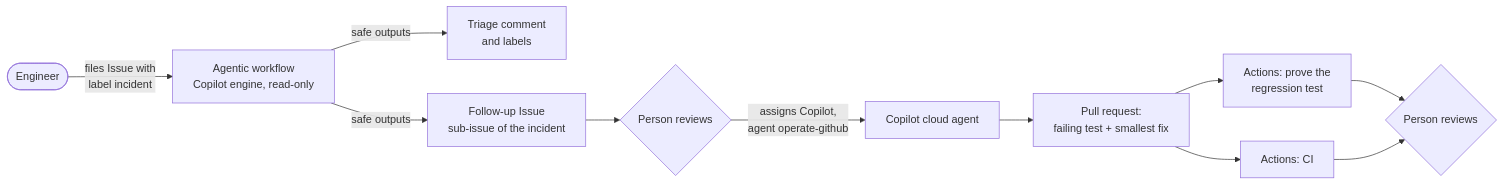
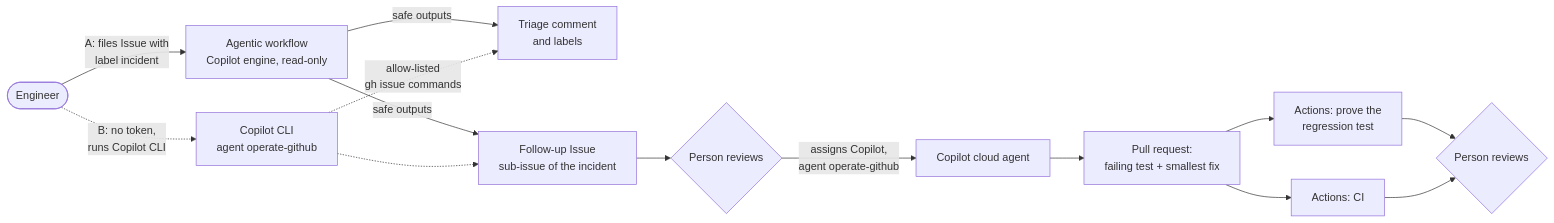
The diagram in solutions/07-operate-github/README.md (melabadi/adept-assessment-northstars), drawn with Mermaid before and after one commit. The commit also changed other lines of this file and 4 other files, not shown here.

First line of the commit message:
07-operate-github: triage with Copilot CLI when there is no token

````diff
--- a/solutions/07-operate-github/README.md
+++ b/solutions/07-operate-github/README.md
@@ -18,13 +18,16 @@
 ```mermaid
 flowchart LR
-  E([Engineer]) -->|files Issue with<br/>label incident| W[Agentic workflow<br/>Copilot engine, read-only]
+  E([Engineer]) -->|A: files Issue with<br/>label incident| W[Agentic workflow<br/>Copilot engine, read-only]
+  E -.->|B: no token,<br/>runs Copilot CLI| L[Copilot CLI<br/>agent operate-github]
   W -->|safe outputs| T[Triage comment<br/>and labels]
   W -->|safe outputs| F[Follow-up Issue<br/>sub-issue of the incident]
+  L -.->|allow-listed<br/>gh issue commands| T
+  L -.-> F
   F --> H{Person reviews}
   H -->|assigns Copilot,<br/>agent operate-github| C[Copilot cloud agent]
   C --> PR[Pull request:<br/>failing test + smallest fix]
   PR --> P[Actions: prove the<br/>regression test]
   PR --> CI[Actions: CI]
   P --> R{Person reviews}
   CI --> R
 ```
````
